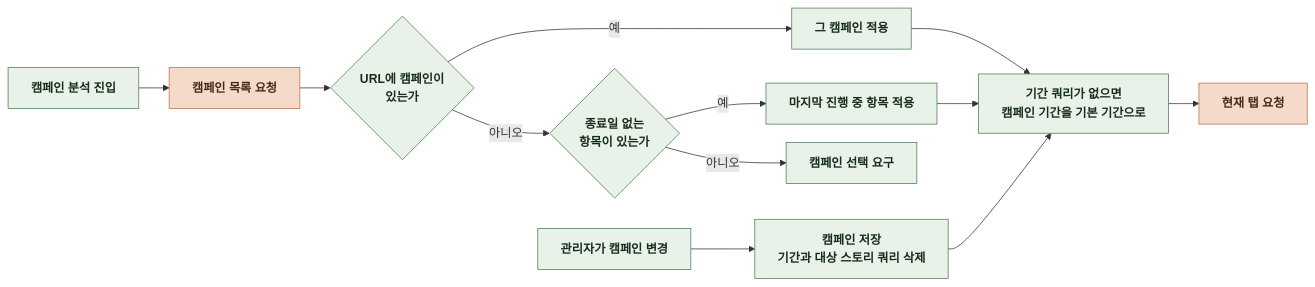
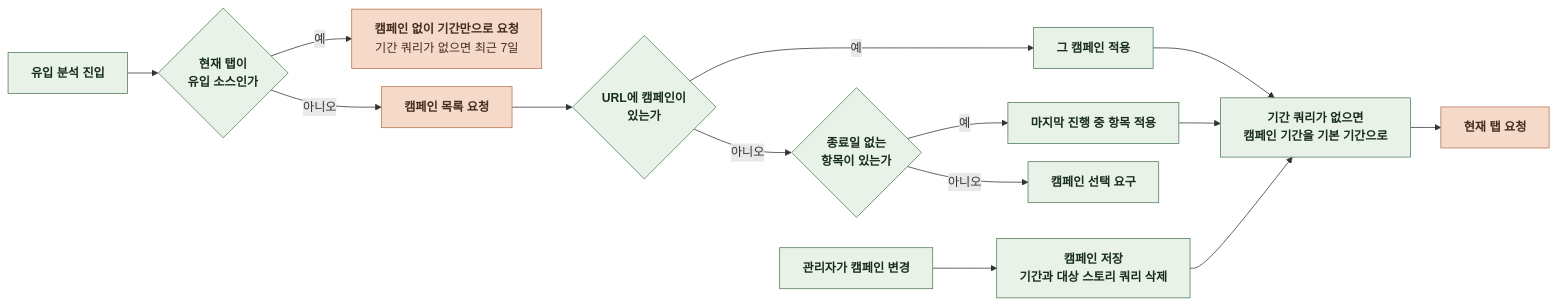
One commit to KIM-N-KANG/knk-harness changed the second of 3 diagrams in docs/domain/ADMIN/WEB/3-4-INTERACTION-FLOWS.md. Above: the diagram before and after it, drawn with Mermaid. The commit also changed other lines of this file and 16 other files, not shown here.

````diff
--- a/docs/domain/ADMIN/WEB/3-4-INTERACTION-FLOWS.md
+++ b/docs/domain/ADMIN/WEB/3-4-INTERACTION-FLOWS.md
@@ -46,23 +46,27 @@
 ```mermaid
 %%{init: {"flowchart": {"curve": "basis", "nodeSpacing": 24, "rankSpacing": 40}}}%%
 flowchart LR
-    A["`**캠페인 분석 진입**`"] --> B["`**캠페인 목록 요청**`"]
+    A["`**유입 분석 진입**`"] --> S{"`**현재 탭이
+유입 소스인가**`"}
+    S -->|예| T["`**캠페인 없이 기간만으로 요청**
+기간 쿼리가 없으면 최근 7일`"]
+    S -->|아니오| B["`**캠페인 목록 요청**`"]
     B --> C{"`**URL에 캠페인이
 있는가**`"}
     C -->|예| D["`**그 캠페인 적용**`"]
     C -->|아니오| E{"`**종료일 없는
 항목이 있는가**`"}
     E -->|예| F["`**마지막 진행 중 항목 적용**`"]
     E -->|아니오| G["`**캠페인 선택 요구**`"]
     D --> H["`**기간 쿼리가 없으면
 캠페인 기간을 기본 기간으로**`"]
     F --> H
     H --> I["`**현재 탭 요청**`"]
     J["`**관리자가 캠페인 변경**`"] --> K["`**캠페인 저장
 기간과 대상 스토리 쿼리 삭제**`"]
     K --> H
     classDef comp fill:#E8F2E8,stroke:#527A59,color:#182D1D
     classDef task fill:#F5D9C9,stroke:#B97450,color:#452B1D
-    class A,C,D,E,F,G,H,J,K comp
-    class B,I task
+    class A,C,D,E,F,G,H,J,K,S comp
+    class B,I,T task
 ```
````
